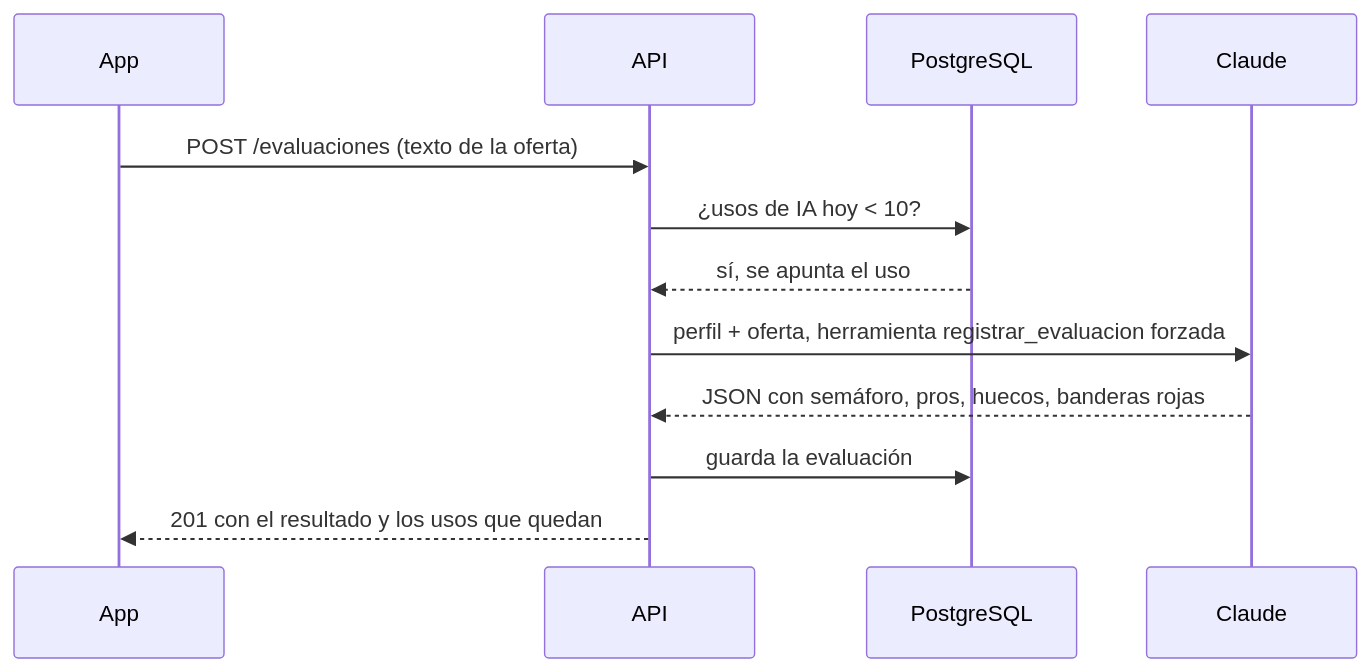
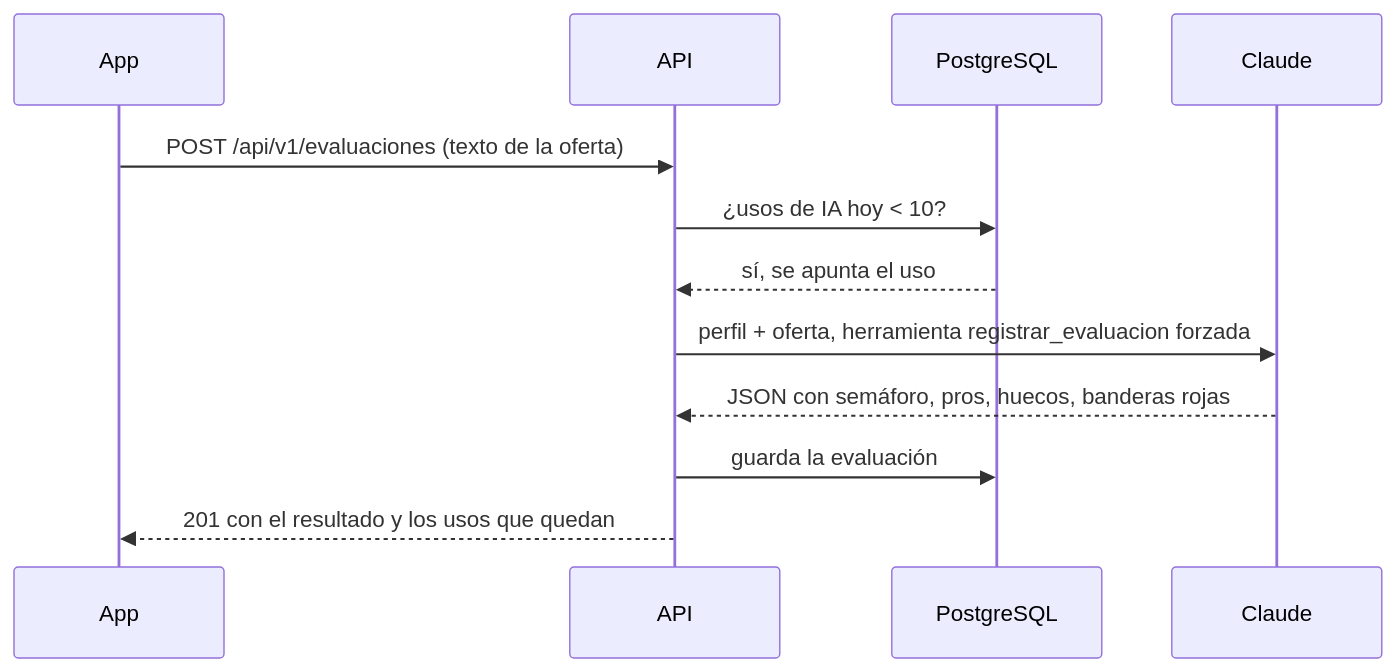
The third of 3 diagrams in docs/arquitectura.md (albertocll/LuzVerde), drawn with Mermaid before and after one commit. The commit also changed 22 other files, not shown here.

````diff
--- a/docs/arquitectura.md
+++ b/docs/arquitectura.md
@@ -60,14 +60,14 @@
 ```mermaid
 sequenceDiagram
     participant App
     participant API
     participant BD as PostgreSQL
     participant Claude
-    App->>API: POST /evaluaciones (texto de la oferta)
+    App->>API: POST /api/v1/evaluaciones (texto de la oferta)
     API->>BD: ¿usos de IA hoy < 10?
     BD-->>API: sí, se apunta el uso
     API->>Claude: perfil + oferta, herramienta registrar_evaluacion forzada
     Claude-->>API: JSON con semáforo, pros, huecos, banderas rojas
     API->>BD: guarda la evaluación
     API-->>App: 201 con el resultado y los usos que quedan
 ```
````
